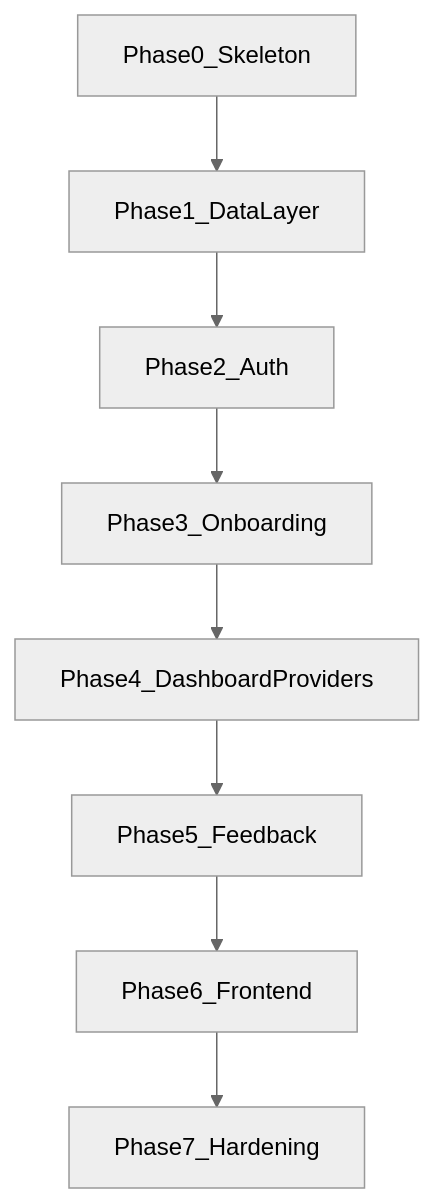
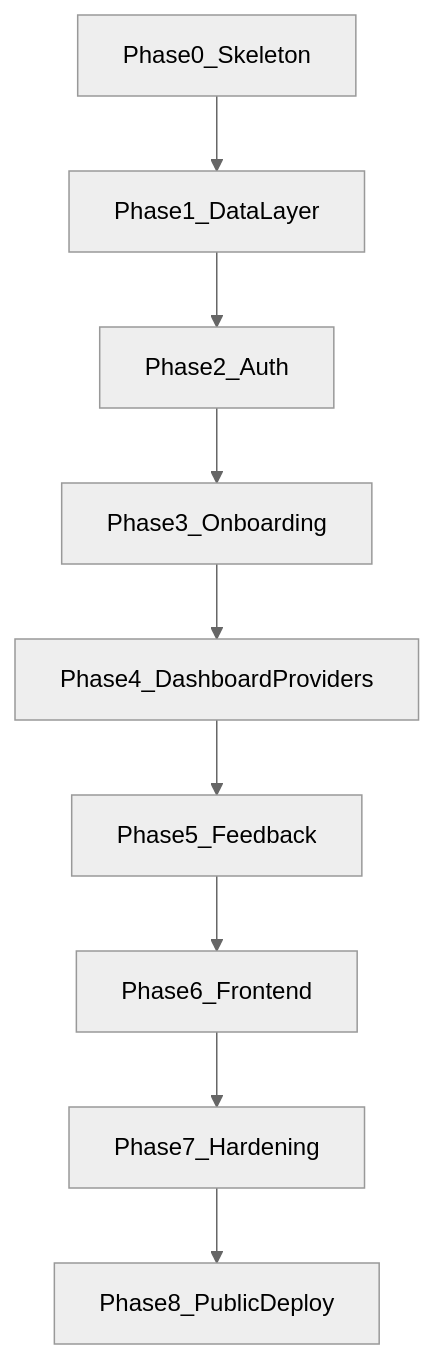
Before and after one commit to SapirMarlov/AI_cyrpto_advisor: the diagram in docs/roadmap.md, drawn with Mermaid (neutral theme). The commit also changed other lines of this file and 4 other files, not shown here.

First line of the commit message:
docs: add Phase 8 deploy runbook and cookie gotchas

````diff
--- a/docs/roadmap.md
+++ b/docs/roadmap.md
@@ -182,10 +205,11 @@
 ```mermaid
 flowchart TD
   phase0[Phase0_Skeleton] --> phase1[Phase1_DataLayer]
   phase1 --> phase2[Phase2_Auth]
   phase2 --> phase3[Phase3_Onboarding]
   phase3 --> phase4[Phase4_DashboardProviders]
   phase4 --> phase5[Phase5_Feedback]
   phase5 --> phase6[Phase6_Frontend]
   phase6 --> phase7[Phase7_Hardening]
+  phase7 --> phase8[Phase8_PublicDeploy]
 ```
````
